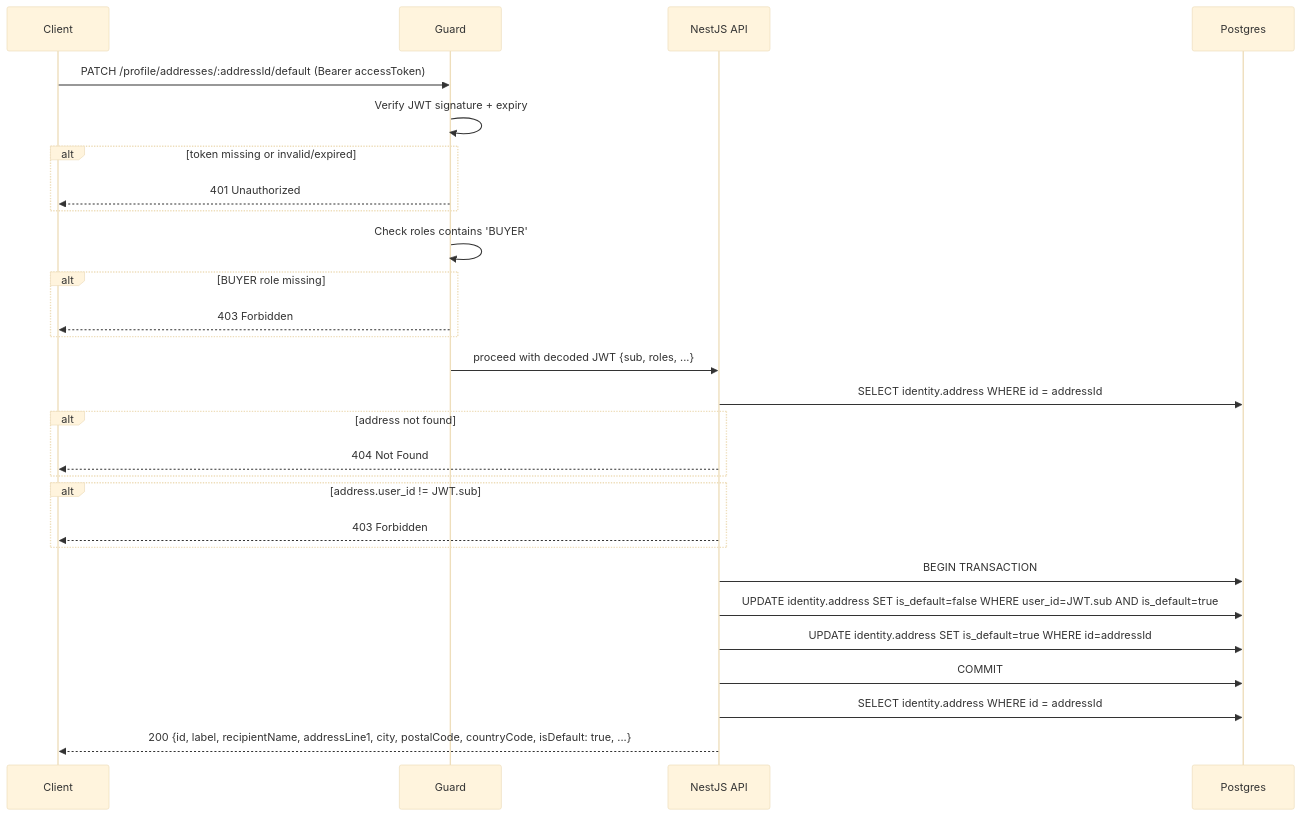
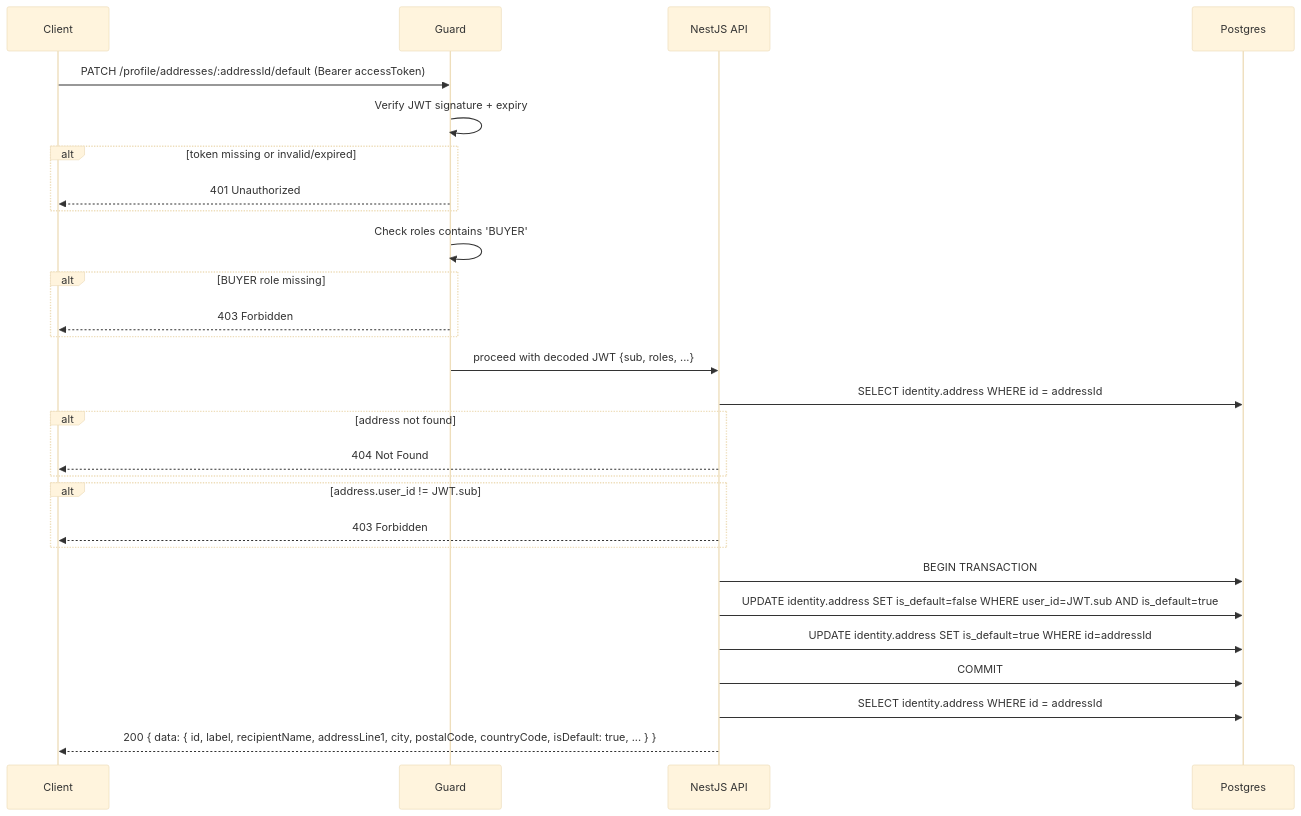
The seventh of 7 diagrams in phase-1/technical-design/api-design/profile.md (alisa-uthi/aliceut-ecom-document), drawn with Mermaid (base theme) before and after one commit. The commit also changed other lines of this file and 22 other files, not shown here.

````diff
--- a/phase-1/technical-design/api-design/profile.md
+++ b/phase-1/technical-design/api-design/profile.md
@@ -343,34 +345,34 @@
 ```mermaid
 sequenceDiagram
     participant C as Client
     participant G as Guard
     participant A as NestJS API
     participant PG as Postgres
 
     C->>G: PATCH /profile/addresses/:addressId/default (Bearer accessToken)
     G->>G: Verify JWT signature + expiry
     alt token missing or invalid/expired
         G-->>C: 401 Unauthorized
     end
     G->>G: Check roles contains 'BUYER'
     alt BUYER role missing
         G-->>C: 403 Forbidden
     end
     G->>A: proceed with decoded JWT {sub, roles, ...}
 
     A->>PG: SELECT identity.address WHERE id = addressId
     alt address not found
         A-->>C: 404 Not Found
     end
     alt address.user_id != JWT.sub
         A-->>C: 403 Forbidden
     end
 
     A->>PG: BEGIN TRANSACTION
     A->>PG: UPDATE identity.address SET is_default=false WHERE user_id=JWT.sub AND is_default=true
     A->>PG: UPDATE identity.address SET is_default=true WHERE id=addressId
     A->>PG: COMMIT
 
     A->>PG: SELECT identity.address WHERE id = addressId
-    A-->>C: 200 {id, label, recipientName, addressLine1, city, postalCode, countryCode, isDefault: true, ...}
+    A-->>C: 200 { data: { id, label, recipientName, addressLine1, city, postalCode, countryCode, isDefault: true, ... } }
 ```
````
